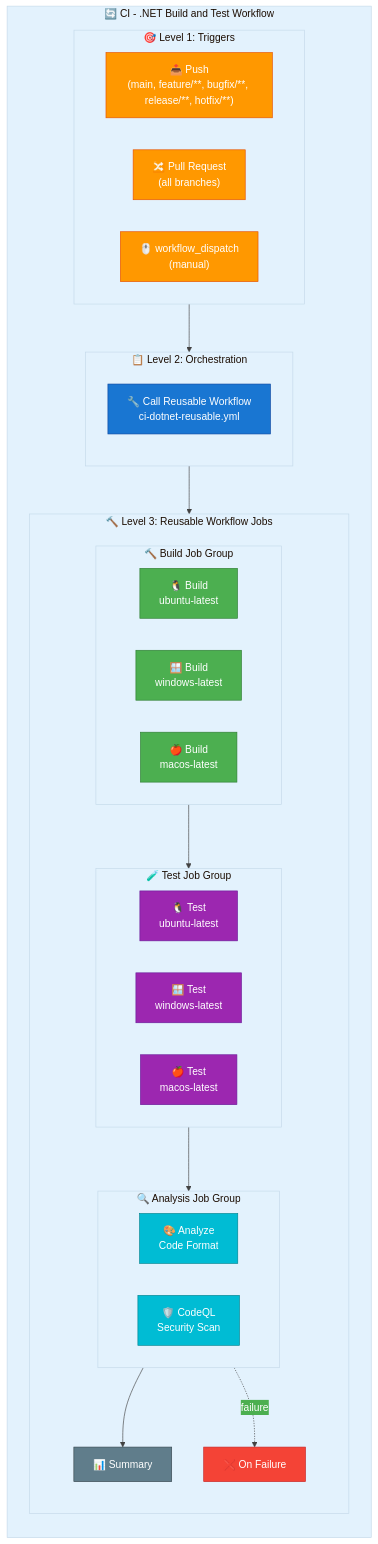
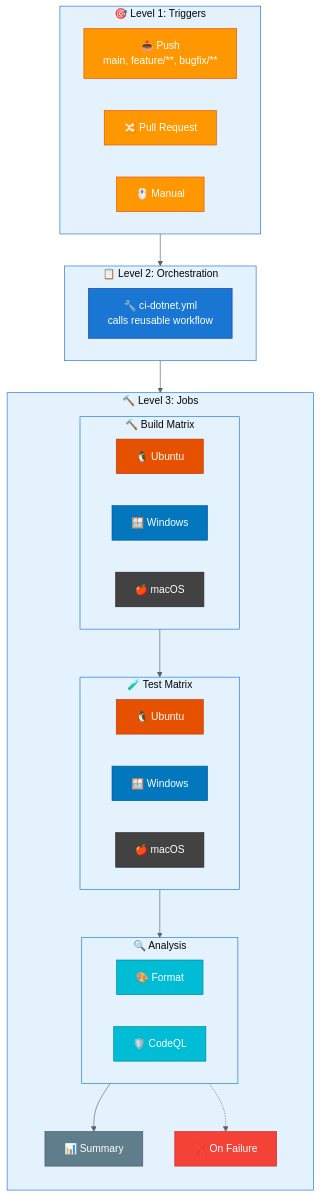
One commit to Evilazaro/Azure-LogicApps-Monitoring changed the diagram in docs/workflows/ci-dotnet.md. Above: the diagram before and after it, drawn with Mermaid. The commit also changed 1 other file, not shown here.

Commit message:
docs: Update CI/CD workflow diagrams for clarity and consistency

````diff
--- a/docs/workflows/ci-dotnet.md
+++ b/docs/workflows/ci-dotnet.md
@@ -48,69 +48,56 @@
 ```mermaid
-%%{init: {'theme': 'base', 'themeVariables': { 'primaryColor': '#1976D2', 'primaryTextColor': '#FFFFFF', 'primaryBorderColor': '#0D47A1', 'lineColor': '#424242', 'secondaryColor': '#4CAF50', 'tertiaryColor': '#E3F2FD'}}}%%
+%%{init: {'theme': 'base', 'themeVariables': { 'primaryColor': '#1976D2', 'primaryTextColor': '#FFFFFF', 'primaryBorderColor': '#0D47A1', 'lineColor': '#616161', 'secondaryColor': '#E3F2FD', 'tertiaryColor': '#FAFAFA', 'clusterBkg': '#E3F2FD', 'clusterBorder': '#1976D2'}}}%%
 flowchart TB
-    subgraph workflow-ci ["🔄 CI - .NET Build and Test Workflow"]
-        direction TB
-        
-        subgraph triggers ["🎯 Level 1: Triggers"]
-            direction LR
-            trigger-push["📤 Push<br/>(main, feature/**, bugfix/**, release/**, hotfix/**)"]
-            trigger-pr["🔀 Pull Request<br/>(all branches)"]
-            trigger-dispatch["🖱️ workflow_dispatch<br/>(manual)"]
-        end
-
-        subgraph orchestration ["📋 Level 2: Orchestration"]
-            direction TB
-            call-reusable["🔧 Call Reusable Workflow<br/>ci-dotnet-reusable.yml"]
-        end
-
-        subgraph reusable-jobs ["🔨 Level 3: Reusable Workflow Jobs"]
-            direction TB
-            
-            subgraph build-group ["🔨 Build Job Group"]
-                direction LR
-                build-ubuntu["🐧 Build<br/>ubuntu-latest"]
-                build-windows["🪟 Build<br/>windows-latest"]
-                build-macos["🍎 Build<br/>macos-latest"]
-            end
-
-            subgraph test-group ["🧪 Test Job Group"]
-                direction LR
-                test-ubuntu["🐧 Test<br/>ubuntu-latest"]
-                test-windows["🪟 Test<br/>windows-latest"]
-                test-macos["🍎 Test<br/>macos-latest"]
-            end
-
-            subgraph analysis-group ["🔍 Analysis Job Group"]
-                direction LR
-                analyze["🎨 Analyze<br/>Code Format"]
-                codeql["🛡️ CodeQL<br/>Security Scan"]
-            end
-
-            summary["📊 Summary"]
-            on-failure["❌ On Failure"]
-        end
+    subgraph level1 ["🎯 Level 1: Triggers"]
+        direction LR
+        push["📤 Push<br/>main, feature/**, bugfix/**"]
+        pr["🔀 Pull Request"]
+        dispatch["🖱️ Manual"]
     end
 
-    triggers --> orchestration
-    orchestration --> reusable-jobs
-    build-group --> test-group
-    test-group --> analysis-group
-    analysis-group --> summary
-    analysis-group -.->|failure| on-failure
+    subgraph level2 ["📋 Level 2: Orchestration"]
+        orchestrator["🔧 ci-dotnet.yml<br/>calls reusable workflow"]
+    end
 
-    classDef trigger fill:#FF9800,stroke:#E65100,color:#FFFFFF
-    classDef orchestration fill:#1976D2,stroke:#0D47A1,color:#FFFFFF
-    classDef build fill:#4CAF50,stroke:#2E7D32,color:#FFFFFF
-    classDef test fill:#9C27B0,stroke:#6A1B9A,color:#FFFFFF
-    classDef analysis fill:#00BCD4,stroke:#00838F,color:#FFFFFF
-    classDef summary fill:#607D8B,stroke:#37474F,color:#FFFFFF
-    classDef failure fill:#F44336,stroke:#C62828,color:#FFFFFF
+    subgraph level3 ["🔨 Level 3: Jobs"]
+        direction TB
+        subgraph build-group ["🔨 Build Matrix"]
+            direction LR
+            build-ubuntu["🐧 Ubuntu"]
+            build-windows["🪟 Windows"]
+            build-macos["🍎 macOS"]
+        end
+        subgraph test-group ["🧪 Test Matrix"]
+            direction LR
+            test-ubuntu["🐧 Ubuntu"]
+            test-windows["🪟 Windows"]
+            test-macos["🍎 macOS"]
+        end
+        subgraph analysis-group ["🔍 Analysis"]
+            direction LR
+            analyze["🎨 Format"]
+            codeql["🛡️ CodeQL"]
+        end
+        summary["📊 Summary"]
+        failure["❌ On Failure"]
+    end
 
-    class trigger-push,trigger-pr,trigger-dispatch trigger
-    class call-reusable orchestration
-    class build-ubuntu,build-windows,build-macos build
-    class test-ubuntu,test-windows,test-macos test
-    class analyze,codeql analysis
-    class summary summary
-    class on-failure failure
+    level1 --> level2 --> level3
+    build-group --> test-group --> analysis-group --> summary
+    analysis-group -.-> failure
+
+    style push fill:#FF9800,stroke:#E65100,color:#fff
+    style pr fill:#FF9800,stroke:#E65100,color:#fff
+    style dispatch fill:#FF9800,stroke:#E65100,color:#fff
+    style orchestrator fill:#1976D2,stroke:#0D47A1,color:#fff
+    style build-ubuntu fill:#E65100,stroke:#BF360C,color:#fff
+    style build-windows fill:#0277BD,stroke:#01579B,color:#fff
+    style build-macos fill:#424242,stroke:#212121,color:#fff
+    style test-ubuntu fill:#E65100,stroke:#BF360C,color:#fff
+    style test-windows fill:#0277BD,stroke:#01579B,color:#fff
+    style test-macos fill:#424242,stroke:#212121,color:#fff
+    style analyze fill:#00BCD4,stroke:#00838F,color:#fff
+    style codeql fill:#00BCD4,stroke:#00838F,color:#fff
+    style summary fill:#607D8B,stroke:#455A64,color:#fff
+    style failure fill:#F44336,stroke:#C62828,color:#fff
 ```
````
